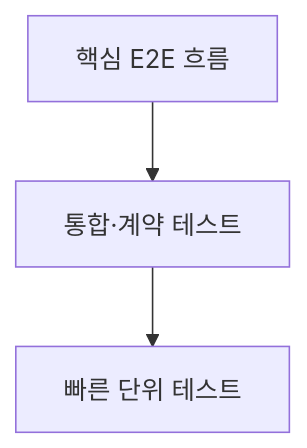
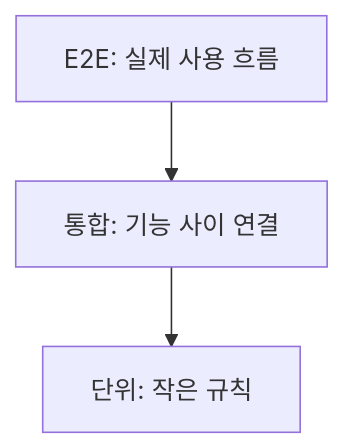
Before and after one commit to moocongpapa/it-study: the diagram in content/topics/testing-pyramid.md, drawn with Mermaid. The commit also changed other lines of this file and 71 other files, not shown here.

````diff
--- a/content/topics/testing-pyramid.md
+++ b/content/topics/testing-pyramid.md
@@ -6,4 +20,4 @@
 ```mermaid
 flowchart TD
-  E["핵심 E2E 흐름"] --> I["통합·계약 테스트"] --> U["빠른 단위 테스트"]
+ A["E2E: 실제 사용 흐름"] --> B["통합: 기능 사이 연결"] --> C["단위: 작은 규칙"]
 ```
````
